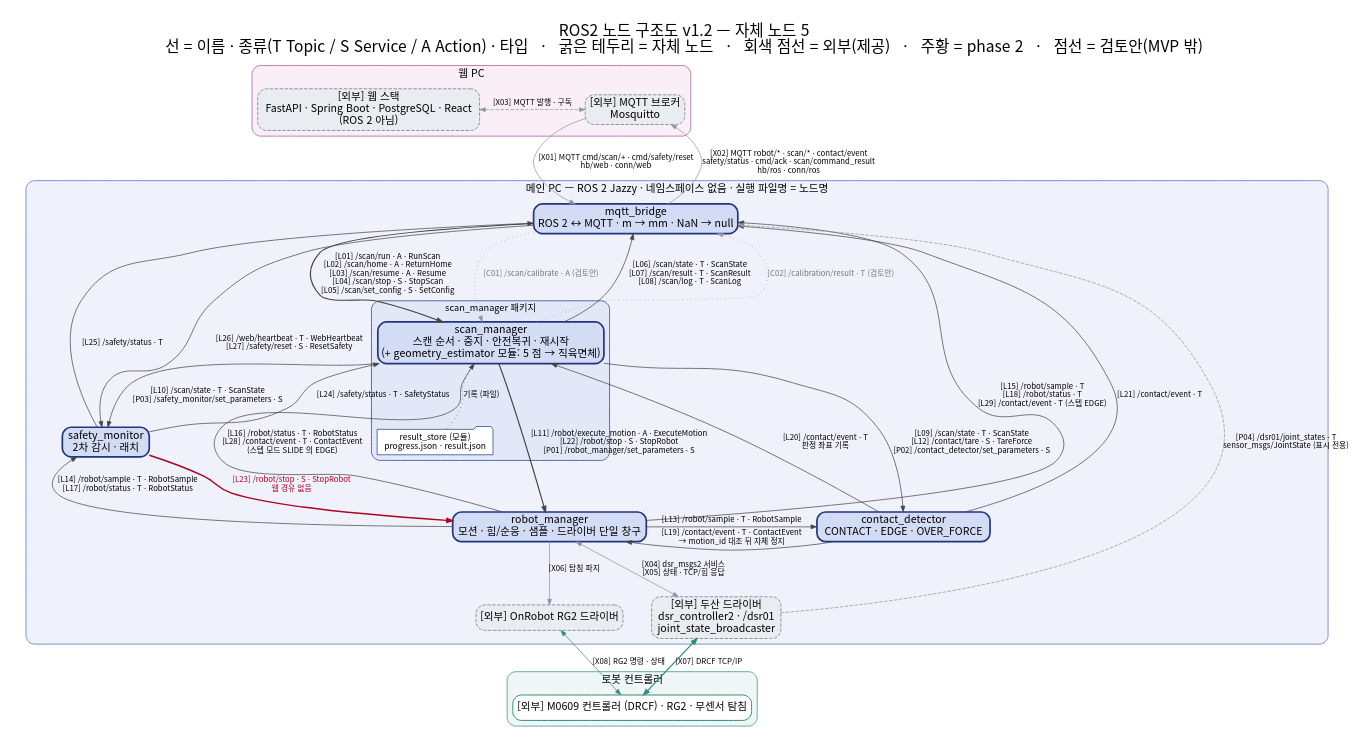
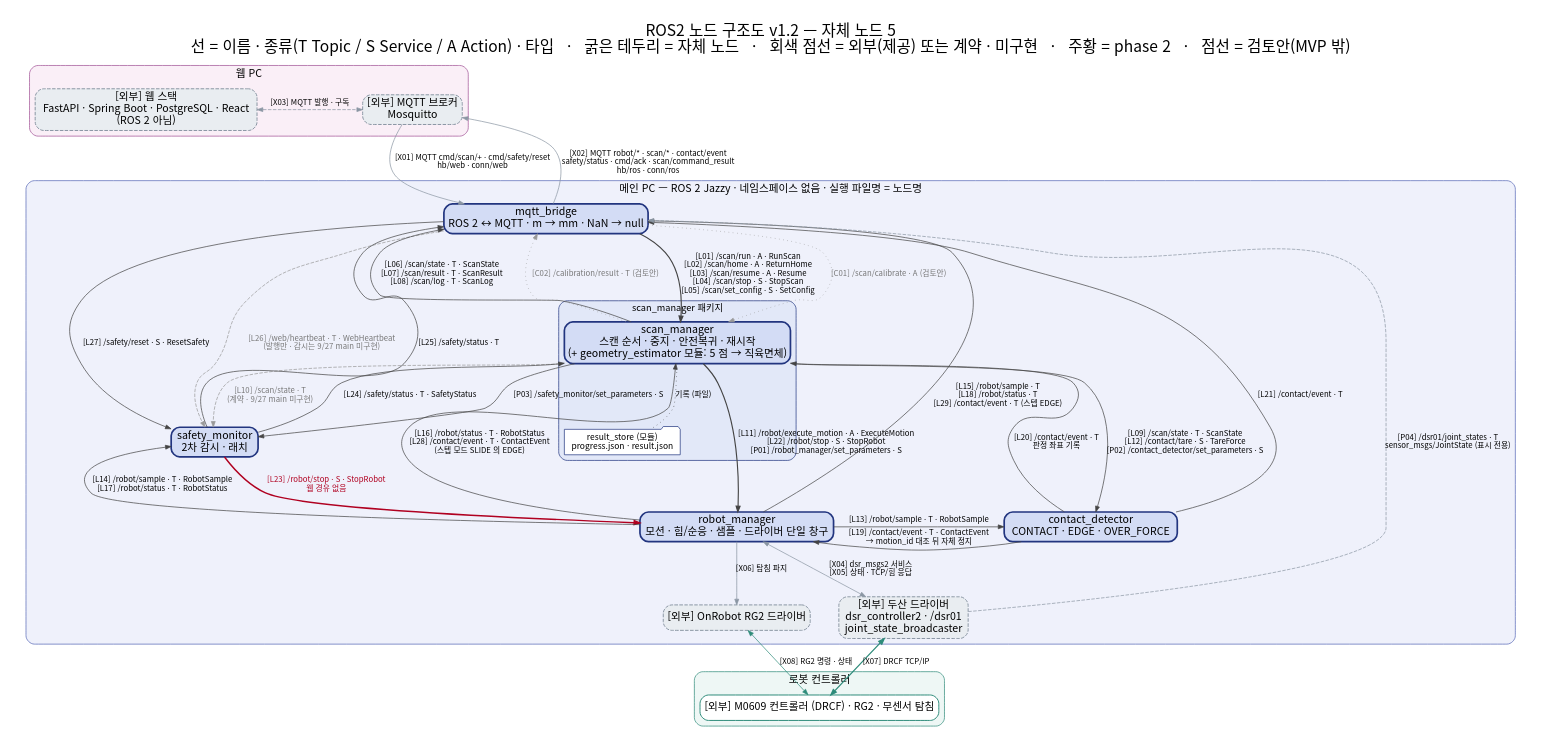
The diagram in docs/deliverables/06-node-graph-no-phase2.dot (yujh5537/rokey_cobot1_Weld-Made), drawn with Graphviz before and after one commit. The commit also changed 15 other files, not shown here.

First line of the commit message:
docs: [1차 정리] 독립 재검 반영 — 버튼 5 개 · heartbeat 감시 미구현 표시 · M1 조건 · D35 · TR-10 sim

```diff
--- a/docs/deliverables/06-node-graph-no-phase2.dot
+++ b/docs/deliverables/06-node-graph-no-phase2.dot
@@ -1,84 +1,86 @@
 // 06 ROS2 노드 구조도 v1.2 — 원본 텍스트. png 는 figures.py 가 dot 으로 만든다(phase 2 를 뺀 판도).
 // 출발: docs/design/contact-scan-node-diagram-v1.1.md · .drawio (40 선, 고치지 않음)
 // 근거: docs/contracts/ros-interfaces.md 2장(v0.1.15 스텝 모드 EDGE · v0.1.19~20 /dsr01/joint_states) · mqtt-schema.md 2장
 //       docs/phase2/weld-ros-interfaces.md 2장 · weld-mqtt-schema.md 1장 (계약 v0.2.0)
 // 선 라벨의 [L..] [P..] [X..] [C..] [W..] 는 06-node-graph.md 연결 표의 번호다. 같은 두 노드 사이의 같은 방향 선은 한 화살표에 모았다.
 digraph nodes {
   graph [rankdir=TB, fontname="Noto Sans CJK KR", fontsize=22, nodesep=0.55, ranksep=0.75, newrank=true, compound=true, pad=0.3, splines=true,
-         label="ROS2 노드 구조도 v1.2 — 자체 노드 5\n선 = 이름 · 종류(T Topic / S Service / A Action) · 타입   ·   굵은 테두리 = 자체 노드   ·   회색 점선 = 외부(제공)   ·   주황 = phase 2   ·   점선 = 검토안(MVP 밖)", labelloc=t];
+         label="ROS2 노드 구조도 v1.2 — 자체 노드 5\n선 = 이름 · 종류(T Topic / S Service / A Action) · 타입   ·   굵은 테두리 = 자체 노드   ·   회색 점선 = 외부(제공) 또는 계약 · 미구현   ·   주황 = phase 2   ·   점선 = 검토안(MVP 밖)", labelloc=t];
   node  [fontname="Noto Sans CJK KR", fontsize=15, shape=box, style="rounded,filled", fillcolor="#D3DCF5", color="#22357F", penwidth=2.4];
   edge  [fontname="Noto Sans CJK KR", fontsize=11, color="#444444", arrowsize=0.8];
 
   subgraph cluster_web {
     label="웹 PC"; style="rounded,filled"; fillcolor="#FAEFF7"; color="#A05195"; fontsize=15;
     webstack [label="[외부] 웹 스택\nFastAPI · Spring Boot · PostgreSQL · React\n(ROS 2 아님)", fillcolor="#E9EDF1", color="#8A96A3", style="rounded,filled,dashed", penwidth=1.4];
     broker   [label="[외부] MQTT 브로커\nMosquitto", fillcolor="#E9EDF1", color="#8A96A3", style="rounded,filled,dashed", penwidth=1.4];
   }
 
   subgraph cluster_main {
     label="메인 PC — ROS 2 Jazzy · 네임스페이스 없음 · 실행 파일명 = 노드명"; style="rounded,filled"; fillcolor="#EFF1FB"; color="#5566B5"; fontsize=15;
     bridge [label="mqtt_bridge\nROS 2 ↔ MQTT · m → mm · NaN → null"];
     subgraph cluster_sm {
       label="scan_manager 패키지"; style="rounded,filled"; fillcolor="#E2E8F8"; color="#22357F"; fontsize=13;
       sm    [label="scan_manager\n스캔 순서 · 중지 · 안전복귀 · 재시작\n(+ geometry_estimator 모듈: 5 점 → 직육면체)"];
       store [label="result_store (모듈)\nprogress.json · result.json", shape=folder, fillcolor="#FFFFFF", penwidth=1, fontsize=12];
     }
     saf  [label="safety_monitor\n2차 감시 · 래치"];
     cd   [label="contact_detector\nCONTACT · EDGE · OVER_FORCE"];
     rm   [label="robot_manager\n모션 · 힘/순응 · 샘플 · 드라이버 단일 창구"];
     dsr  [label="[외부] 두산 드라이버\ndsr_controller2 · /dsr01\njoint_state_broadcaster", fillcolor="#E9EDF1", color="#8A96A3", style="rounded,filled,dashed", penwidth=1.4];
     rg2d [label="[외부] OnRobot RG2 드라이버", fillcolor="#E9EDF1", color="#8A96A3", style="rounded,filled,dashed", penwidth=1.4];
   }
 
   subgraph cluster_robot {
     label="로봇 컨트롤러"; style="rounded,filled"; fillcolor="#EEF7F5"; color="#2E8B7A"; fontsize=15;
     ctrl [label="[외부] M0609 컨트롤러 (DRCF) · RG2 · 무센서 탐침", fillcolor="#FFFFFF", color="#2E8B7A", penwidth=1.4];
   }
 
   // ── 외부 · MQTT ──
   webstack -> broker [label="[X03] MQTT 발행 · 구독", dir=both, color="#8A96A3", style=dashed];
   broker -> bridge   [label="[X01] MQTT cmd/scan/+ · cmd/safety/reset\nhb/web · conn/web", color="#8A96A3"];
   bridge -> broker   [label="[X02] MQTT robot/* · scan/* · contact/event\nsafety/status · cmd/ack · scan/command_result\nhb/ros · conn/ros", color="#8A96A3"];
 
   // ── 명령 · 표시 (mqtt_bridge ↔ scan_manager) ──
   bridge -> sm [label="[L01] /scan/run · A · RunScan\n[L02] /scan/home · A · ReturnHome\n[L03] /scan/resume · A · Resume\n[L04] /scan/stop · S · StopScan\n[L05] /scan/set_config · S · SetConfig", penwidth=1.6];
   sm -> bridge [label="[L06] /scan/state · T · ScanState\n[L07] /scan/result · T · ScanResult\n[L08] /scan/log · T · ScanLog"];
   bridge -> sm [label="[C01] /scan/calibrate · A (검토안)", style=dotted, color="#999999", fontcolor="#777777"];
   sm -> bridge [label="[C02] /calibration/result · T (검토안)", style=dotted, color="#999999", fontcolor="#777777"];
 
   // ── scan_manager → 다른 노드 ──
   sm -> rm  [label="[L11] /robot/execute_motion · A · ExecuteMotion\n[L22] /robot/stop · S · StopRobot\n[P01] /robot_manager/set_parameters · S", penwidth=1.6];
   sm -> cd  [label="[L09] /scan/state · T · ScanState\n[L12] /contact/tare · S · TareForce\n[P02] /contact_detector/set_parameters · S"];
-  sm -> saf [label="[L10] /scan/state · T · ScanState\n[P03] /safety_monitor/set_parameters · S"];
+  sm -> saf [label="[P03] /safety_monitor/set_parameters · S"];
+  sm -> saf [label="[L10] /scan/state · T\n(계약 · 9/27 main 미구현)", style=dashed, color="#999999", fontcolor="#777777"];
   sm -> store [label="기록 (파일)", style=dotted, arrowhead=none];
 
   // ── robot_manager → ──
   rm -> cd     [label="[L13] /robot/sample · T · RobotSample"];
   rm -> saf    [label="[L14] /robot/sample · T · RobotSample\n[L17] /robot/status · T · RobotStatus"];
   rm -> sm     [label="[L16] /robot/status · T · RobotStatus\n[L28] /contact/event · T · ContactEvent\n(스텝 모드 SLIDE 의 EDGE)"];
   rm -> bridge [label="[L15] /robot/sample · T\n[L18] /robot/status · T\n[L29] /contact/event · T (스텝 EDGE)"];
 
   // ── contact_detector → ──
   cd -> rm     [label="[L19] /contact/event · T · ContactEvent\n→ motion_id 대조 뒤 자체 정지"];
   cd -> sm     [label="[L20] /contact/event · T\n판정 좌표 기록"];
   cd -> bridge [label="[L21] /contact/event · T"];
 
   // ── safety_monitor ──
   saf -> rm     [label="[L23] /robot/stop · S · StopRobot\n웹 경유 없음", color="#B00020", fontcolor="#B00020", penwidth=2];
   saf -> sm     [label="[L24] /safety/status · T · SafetyStatus"];
   saf -> bridge [label="[L25] /safety/status · T"];
-  bridge -> saf [label="[L26] /web/heartbeat · T · WebHeartbeat\n[L27] /safety/reset · S · ResetSafety"];
+  bridge -> saf [label="[L27] /safety/reset · S · ResetSafety"];
+  bridge -> saf [label="[L26] /web/heartbeat · T · WebHeartbeat\n(발행만 · 감시는 9/27 main 미구현)", style=dashed, color="#999999", fontcolor="#777777"];
 
   // ── 드라이버 · 컨트롤러 ──
   rm -> dsr     [label="[X04] dsr_msgs2 서비스\n[X05] 상태 · TCP/힘 응답", dir=both, color="#8A96A3"];
   rm -> rg2d    [label="[X06] 탐침 파지", color="#8A96A3"];
   dsr -> bridge [label="[P04] /dsr01/joint_states · T\nsensor_msgs/JointState (표시 전용)", color="#8A96A3", style=dashed];
   dsr -> ctrl   [label="[X07] DRCF TCP/IP", dir=both, color="#2E8B7A", penwidth=1.8];
   rg2d -> ctrl  [label="[X08] RG2 명령 · 상태", dir=both, color="#2E8B7A"];
 
   // ── phase 2 ──
 
   {rank=same; webstack; broker;}
   {rank=same; cd; rm;}
   {rank=same; dsr; rg2d;}
 }
```
